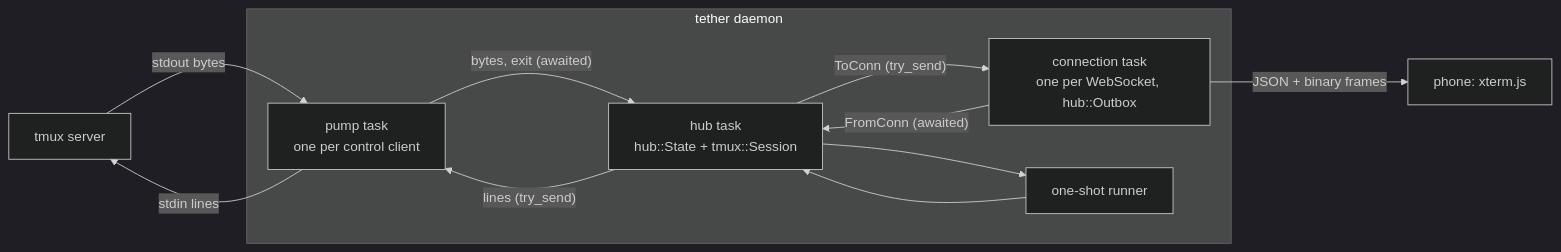
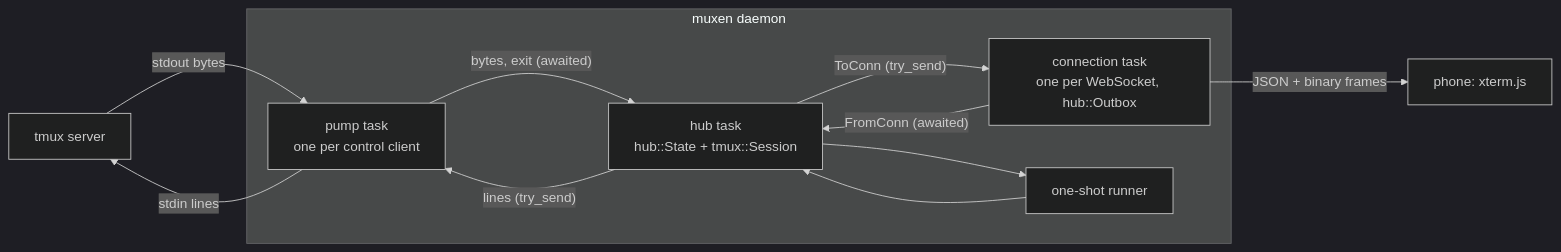
The first of 4 diagrams in docs/design/daemon-core.md (haowjy/muxen), drawn with Mermaid (dark theme) before and after one commit. The commit also changed other lines of this file and 353 other files, not shown here.

First line of the commit message:
Rename tether to muxen

````diff
--- a/docs/design/daemon-core.md
+++ b/docs/design/daemon-core.md
@@ -25,20 +25,20 @@
 ```mermaid
 flowchart LR
   tmux["tmux server"]
-  subgraph daemon["tether daemon"]
+  subgraph daemon["muxen daemon"]
     pump["pump task<br/>one per control client"]
     hub["hub task<br/>hub::State + tmux::Session"]
     conn["connection task<br/>one per WebSocket, hub::Outbox"]
     oneshot["one-shot runner"]
   end
   phone["phone: xterm.js"]
   tmux -- "stdout bytes" --> pump
   pump -- "stdin lines" --> tmux
   pump -- "bytes, exit (awaited)" --> hub
   hub -- "lines (try_send)" --> pump
   hub --> oneshot
   oneshot --> hub
   conn -- "FromConn (awaited)" --> hub
   hub -- "ToConn (try_send)" --> conn
   conn -- "JSON + binary frames" --> phone
 ```
````
